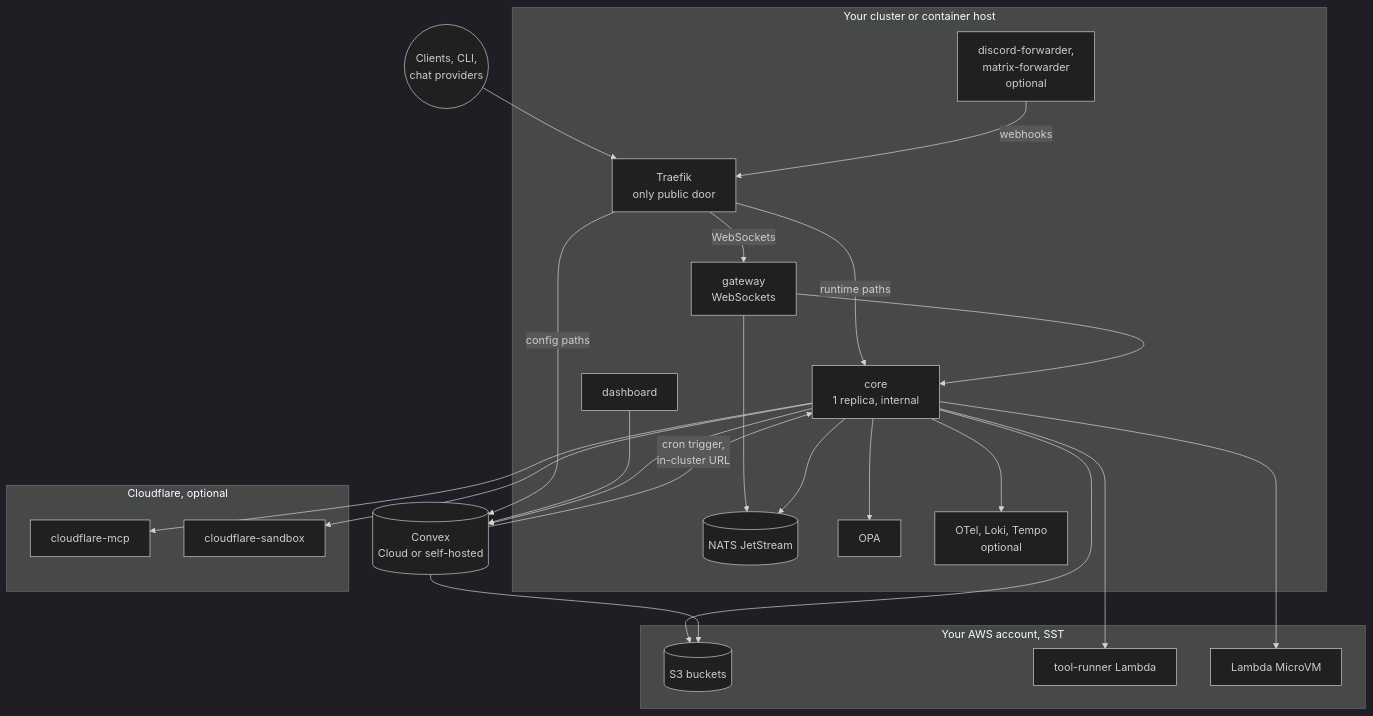
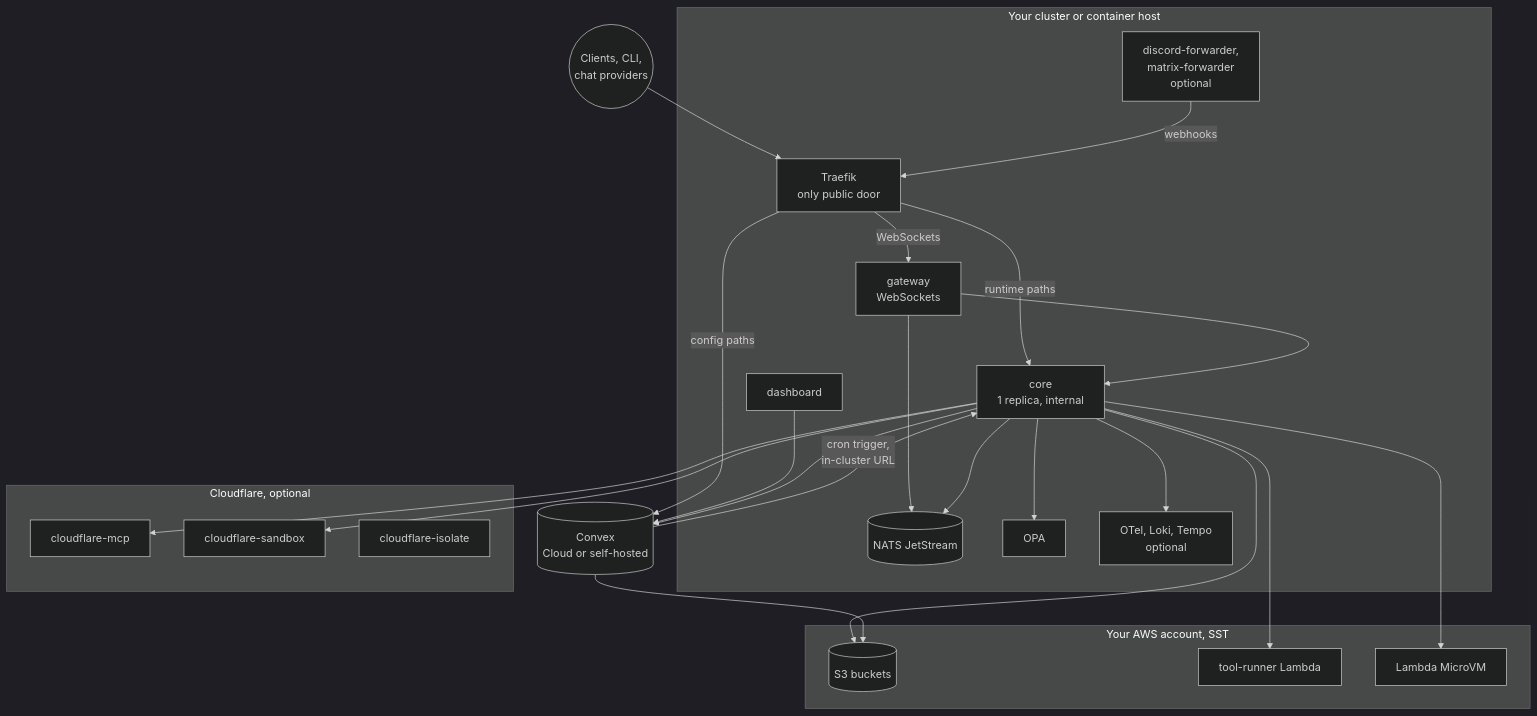
One commit to beeblastco/broods changed the first of 6 diagrams in apps/docs/docs/internals/self-hosting.md. Above: the diagram before and after it, drawn with Mermaid (dark theme). The commit also changed other lines of this file and 19 other files, not shown here.

First line of the commit message:
feat(cloudflare-isolate): bash in a V8 isolate as a sandbox Worker

````diff
--- a/apps/docs/docs/internals/self-hosting.md
+++ b/apps/docs/docs/internals/self-hosting.md
@@ -7,48 +7,49 @@
 ```mermaid
 flowchart TB
   Users(("Clients, CLI,<br/>chat providers"))
 
   subgraph host["Your cluster or container host"]
     Traefik["Traefik<br/>only public door"]
     Core["core<br/>1 replica, internal"]
     Gateway["gateway<br/>WebSockets"]
     Dashboard["dashboard"]
     NATS[("NATS JetStream")]
     OPA["OPA"]
     Obs["OTel, Loki, Tempo<br/>optional"]
     Fwd["discord-forwarder,<br/>matrix-forwarder<br/>optional"]
   end
 
   Convex[("Convex<br/>Cloud or self-hosted")]
 
   subgraph aws["Your AWS account, SST"]
     S3[("S3 buckets")]
     Lambda["tool-runner Lambda"]
     MicroVM["Lambda MicroVM"]
   end
 
   subgraph cf["Cloudflare, optional"]
     McpW["cloudflare-mcp"]
     SbxW["cloudflare-sandbox"]
+    IsoW["cloudflare-isolate"]
   end
 
   Users --> Traefik
   Traefik -->|runtime paths| Core
   Traefik -->|config paths| Convex
   Traefik -->|WebSockets| Gateway
   Gateway --> Core
   Gateway --> NATS
   Dashboard --> Convex
   Core --> Convex
   Convex -->|"cron trigger,<br/>in-cluster URL"| Core
   Core --> NATS
   Core --> OPA
   Core --> Obs
   Core --> S3
   Core --> Lambda
   Core --> MicroVM
   Convex --> S3
   Fwd -->|webhooks| Traefik
   Core --> McpW
   Core --> SbxW
 ```
````
